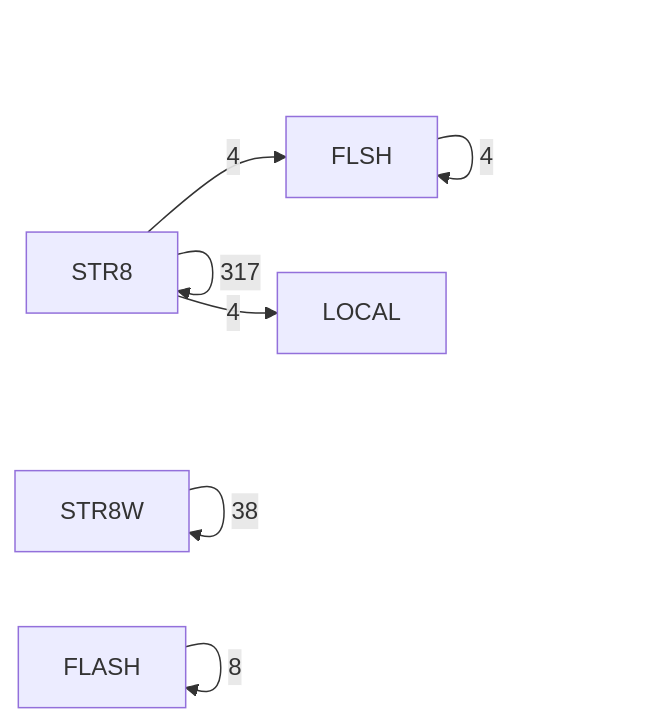
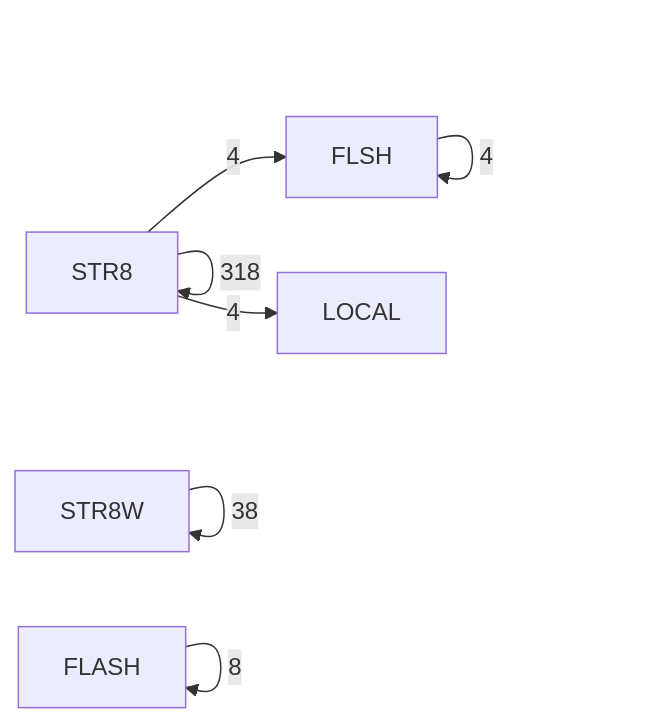
The fifth of 6 diagrams in DOC/GENERATED/ROUTINE_CLASS_DIAGRAM.md (95westus/R-YORS), drawn with Mermaid before and after one commit. The commit also changed other lines of this file and 16 other files, not shown here.

````diff
--- a/DOC/GENERATED/ROUTINE_CLASS_DIAGRAM.md
+++ b/DOC/GENERATED/ROUTINE_CLASS_DIAGRAM.md
@@ -77,9 +77,9 @@
 ```mermaid
 flowchart LR
-    P_STR8[STR8] -->|317| P_STR8[STR8]
+    P_STR8[STR8] -->|318| P_STR8[STR8]
     P_STR8W[STR8W] -->|38| P_STR8W[STR8W]
     P_FLASH[FLASH] -->|8| P_FLASH[FLASH]
     P_FLSH[FLSH] -->|4| P_FLSH[FLSH]
     P_STR8[STR8] -->|4| P_FLSH[FLSH]
     P_STR8[STR8] -->|4| P_LOCAL[LOCAL]
 ```
````
